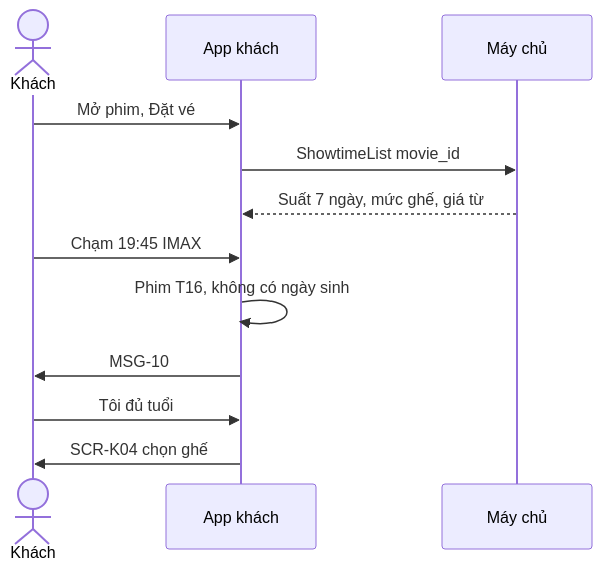
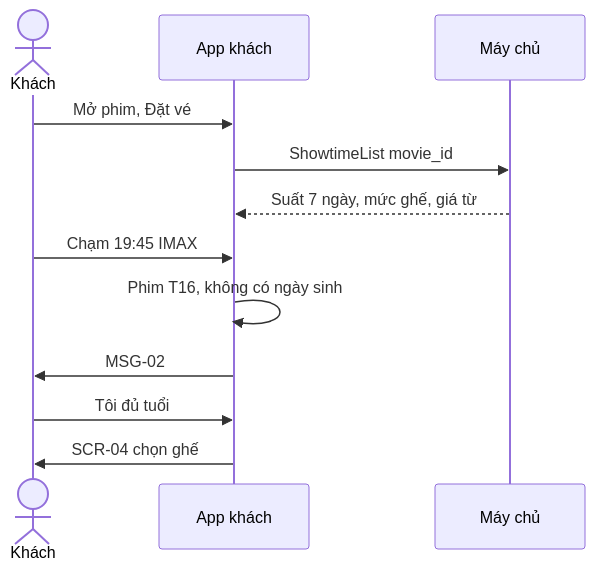
Diagram 12 of 15 in docs/SRS.md (uxfoundation-vn/de08-dat-ve-xem-phim), drawn with Mermaid before and after one commit. The commit also changed other lines of this file and 2 other files, not shown here.

````diff
--- a/docs/SRS.md
+++ b/docs/SRS.md
@@ -1023,14 +722,14 @@
 ```mermaid
 sequenceDiagram
   actor K as Khách
   participant App as App khách
   participant API as Máy chủ
   K->>App: Mở phim, Đặt vé
   App->>API: ShowtimeList movie_id
   API-->>App: Suất 7 ngày, mức ghế, giá từ
   K->>App: Chạm 19:45 IMAX
   App->>App: Phim T16, không có ngày sinh
-  App->>K: MSG-10
+  App->>K: MSG-02
   K->>App: Tôi đủ tuổi
-  App->>K: SCR-K04 chọn ghế
+  App->>K: SCR-04 chọn ghế
 ```
````
